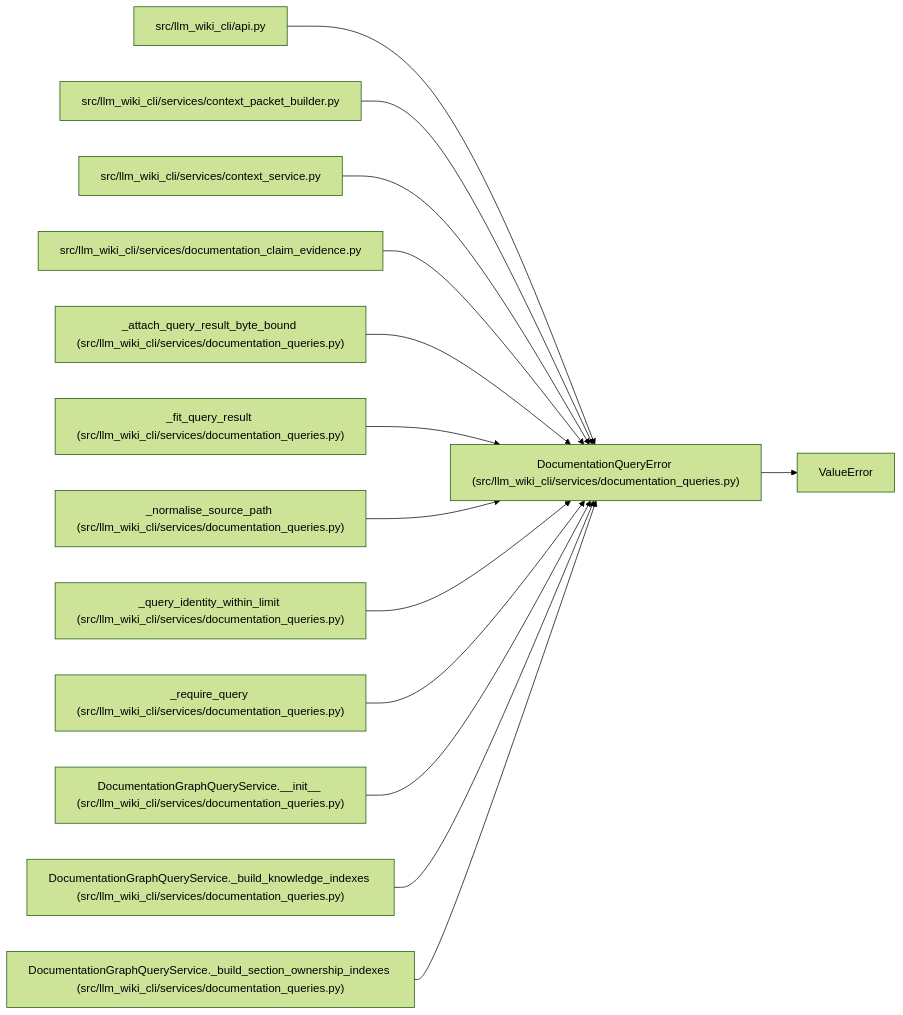
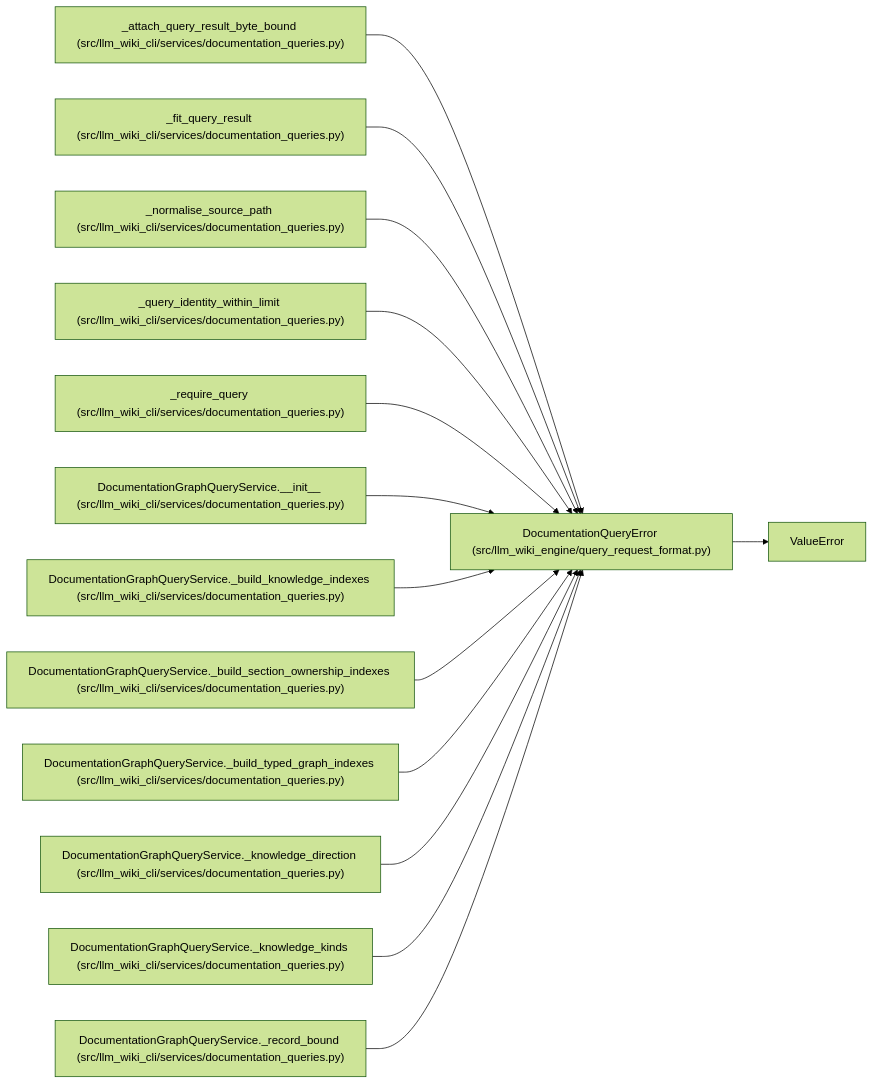
The diagram in docs/llm_wiki/entities/DocumentationQueryError.md (Denissvgn/python-wiki-llm), drawn with Mermaid (forest theme) before and after one commit. The commit also changed other lines of this file and 648 other files, not shown here.

Commit message:
docs: refresh the wiki for the engine task contract and search

````diff
--- a/docs/llm_wiki/entities/DocumentationQueryError.md
+++ b/docs/llm_wiki/entities/DocumentationQueryError.md
@@ -25,43 +25,43 @@
 ```mermaid
 flowchart LR
-    n0["DocumentationQueryError (src/llm_wiki_cli/services/documentation_queries.py)"]
+    n0["DocumentationQueryError (src/llm_wiki_engine/query_request_format.py)"]
     n1["ValueError"]
-    n2["src/llm_wiki_cli/api.py"]
-    n3["src/llm_wiki_cli/services/context_packet_builder.py"]
-    n4["src/llm_wiki_cli/services/context_service.py"]
-    n5["src/llm_wiki_cli/services/documentation_claim_evidence.py"]
-    n6["_attach_query_result_byte_bound (src/llm_wiki_cli/services/documentation_queries.py)"]
-    n7["_fit_query_result (src/llm_wiki_cli/services/documentation_queries.py)"]
-    n8["_normalise_source_path (src/llm_wiki_cli/services/documentation_queries.py)"]
-    n9["_query_identity_within_limit (src/llm_wiki_cli/services/documentation_queries.py)"]
-    n10["_require_query (src/llm_wiki_cli/services/documentation_queries.py)"]
-    n11["DocumentationGraphQueryService.__init__ (src/llm_wiki_cli/services/documentation_queries.py)"]
-    n12["DocumentationGraphQueryService._build_knowledge_indexes (src/llm_wiki_cli/services/documentation_queries.py)"]
-    n13["DocumentationGraphQueryService._build_section_ownership_indexes (src/llm_wiki_cli/services/documentation_queries.py)"]
+    n2["_attach_query_result_byte_bound (src/llm_wiki_cli/services/documentation_queries.py)"]
+    n3["_fit_query_result (src/llm_wiki_cli/services/documentation_queries.py)"]
+    n4["_normalise_source_path (src/llm_wiki_cli/services/documentation_queries.py)"]
+    n5["_query_identity_within_limit (src/llm_wiki_cli/services/documentation_queries.py)"]
+    n6["_require_query (src/llm_wiki_cli/services/documentation_queries.py)"]
+    n7["DocumentationGraphQueryService.__init__ (src/llm_wiki_cli/services/documentation_queries.py)"]
+    n8["DocumentationGraphQueryService._build_knowledge_indexes (src/llm_wiki_cli/services/documentation_queries.py)"]
+    n9["DocumentationGraphQueryService._build_section_ownership_indexes (src/llm_wiki_cli/services/documentation_queries.py)"]
+    n10["DocumentationGraphQueryService._build_typed_graph_indexes (src/llm_wiki_cli/services/documentation_queries.py)"]
+    n11["DocumentationGraphQueryService._knowledge_direction (src/llm_wiki_cli/services/documentation_queries.py)"]
+    n12["DocumentationGraphQueryService._knowledge_kinds (src/llm_wiki_cli/services/documentation_queries.py)"]
+    n13["DocumentationGraphQueryService._record_bound (src/llm_wiki_cli/services/documentation_queries.py)"]
     n0 --> n1
     n2 --> n0
     n3 --> n0
     n4 --> n0
     n5 --> n0
     n6 --> n0
     n7 --> n0
     n8 --> n0
     n9 --> n0
     n10 --> n0
     n11 --> n0
     n12 --> n0
     n13 --> n0
-    click n0 "../modules/documentation_queries.md"
-    click n2 "../modules/api.md"
-    click n3 "../modules/context_packet_builder.md"
-    click n4 "../modules/context_service.md"
-    click n5 "../modules/documentation_claim_evidence.md"
+    click n0 "../modules/query_request_format.md"
+    click n2 "../modules/documentation_queries.md"
+    click n3 "../modules/documentation_queries.md"
+    click n4 "../modules/documentation_queries.md"
+    click n5 "../modules/documentation_queries.md"
     click n6 "../modules/documentation_queries.md"
     click n7 "../modules/documentation_queries.md"
     click n8 "../modules/documentation_queries.md"
     click n9 "../modules/documentation_queries.md"
     click n10 "../modules/documentation_queries.md"
     click n11 "../modules/documentation_queries.md"
     click n12 "../modules/documentation_queries.md"
     click n13 "../modules/documentation_queries.md"
 ```
````
